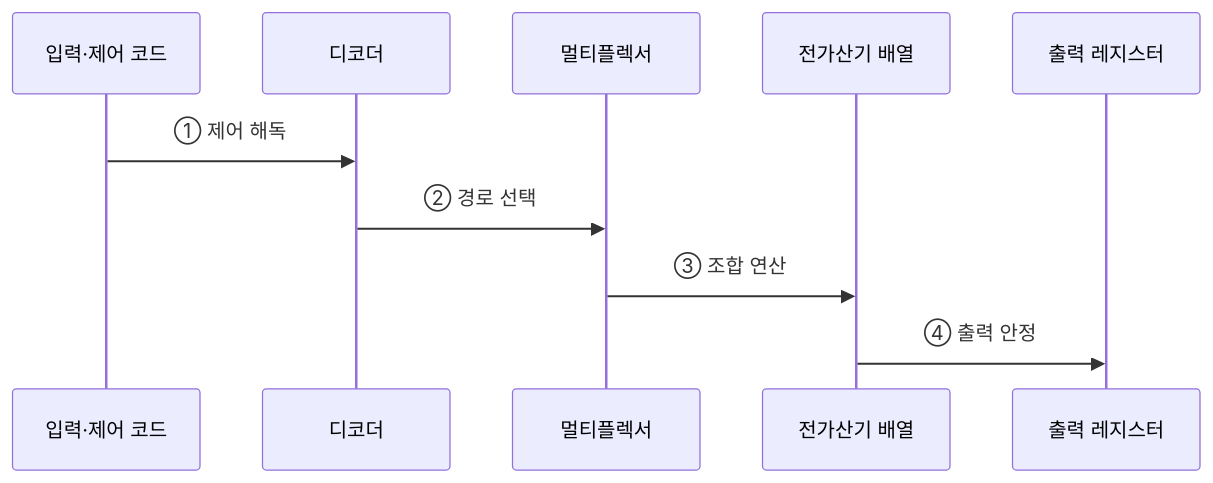
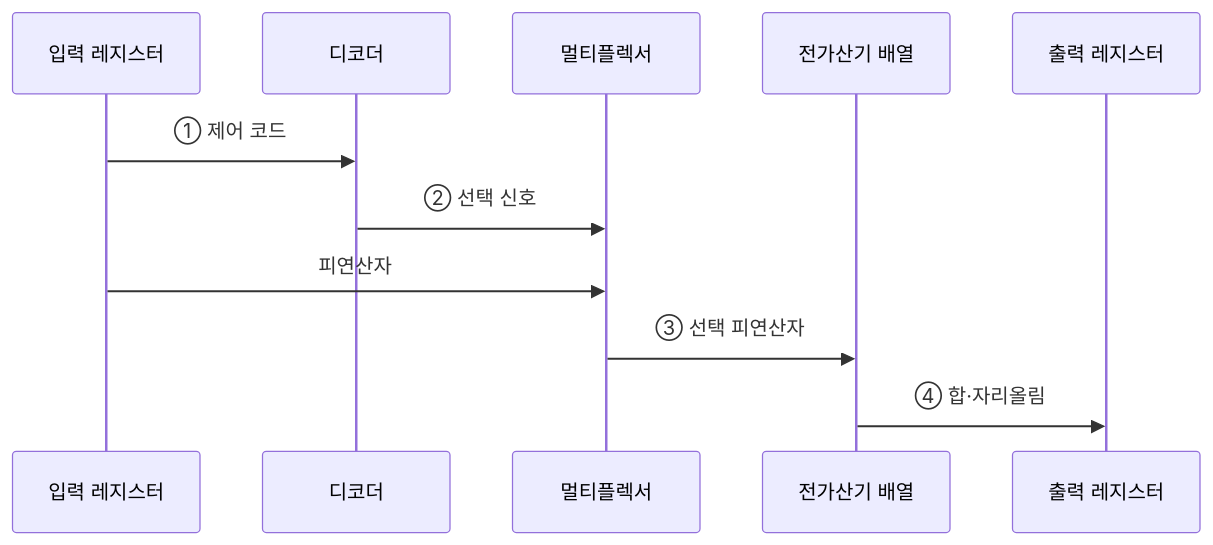
The second of 2 diagrams in src/content/docs/notes/01-basic-theory/026_combinational_logic.md (agnusdei1207/knowledge-base), drawn with Mermaid before and after one commit. The commit also changed other lines of this file and 10 other files, not shown here.

````diff
--- a/src/content/docs/notes/01-basic-theory/026_combinational_logic.md
+++ b/src/content/docs/notes/01-basic-theory/026_combinational_logic.md
@@ -86,12 +77,13 @@
 ```mermaid
 sequenceDiagram
-    participant I as 입력·제어 코드
+    participant I as 입력 레지스터
     participant D as 디코더
     participant M as 멀티플렉서
     participant A as 전가산기 배열
     participant O as 출력 레지스터
-    I->>D: ① 제어 해독
-    D->>M: ② 경로 선택
-    M->>A: ③ 조합 연산
-    A->>O: ④ 출력 안정
+    I->>D: ① 제어 코드
+    D->>M: ② 선택 신호
+    I->>M: 피연산자
+    M->>A: ③ 선택 피연산자
+    A->>O: ④ 합·자리올림
 ```
````
